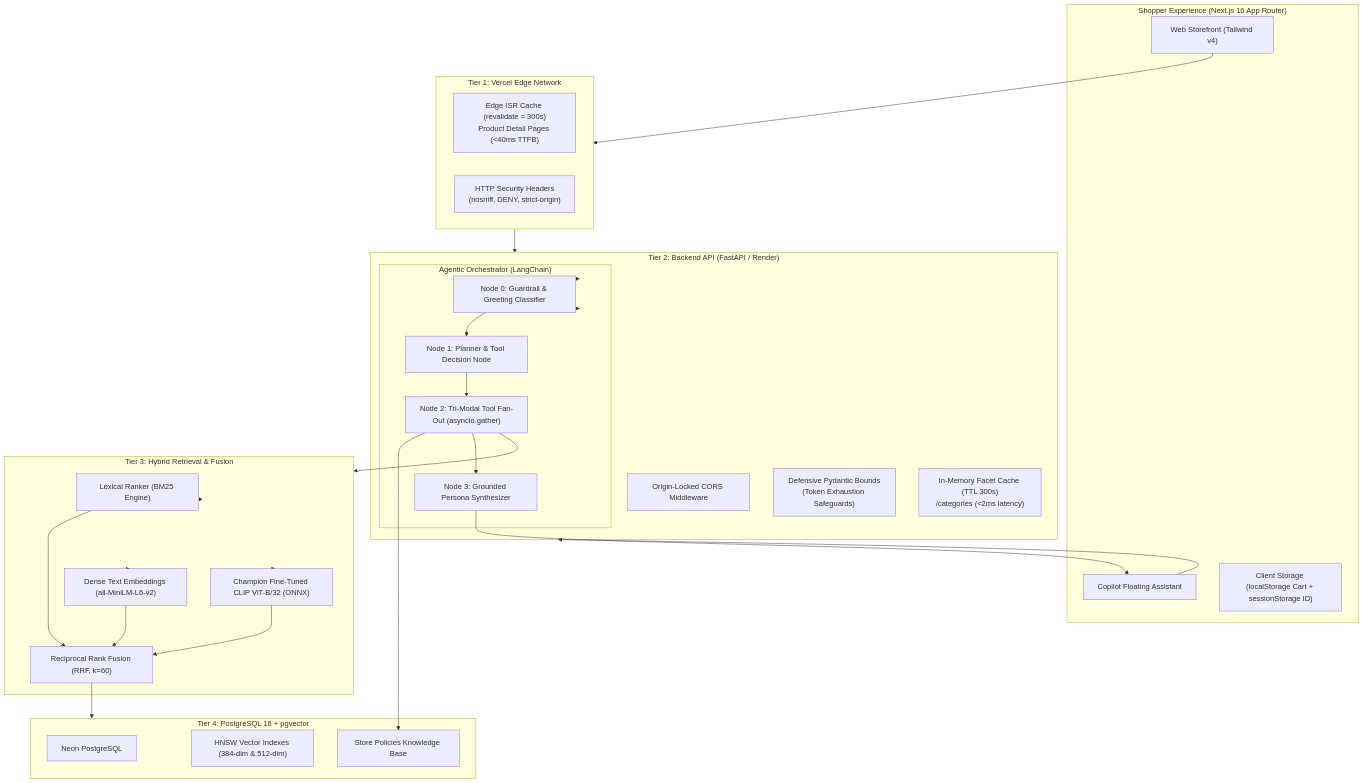
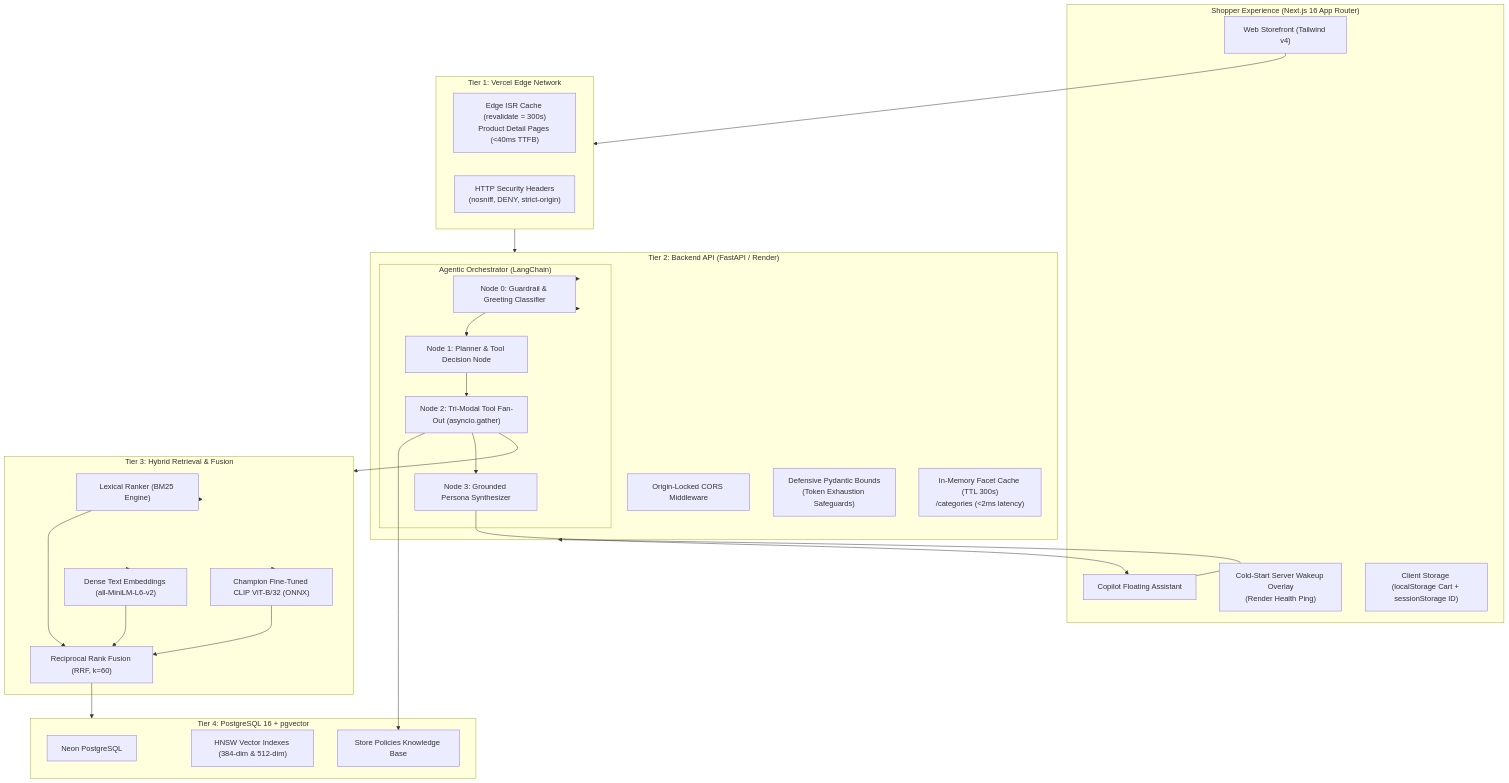
Before and after one commit to marknshoot/toko-marcell: the diagram in README.md, drawn with Mermaid. The commit also changed other lines of this file and 3 other files, not shown here.

Commit message:
docs: update all readmes with server wakeup loading screen, current catalog stats, and test coverage

````diff
--- a/README.md
+++ b/README.md
@@ -23,51 +23,52 @@
 ```mermaid
 flowchart TD
     subgraph Client["Shopper Experience (Next.js 16 App Router)"]
         UI["Web Storefront (Tailwind v4)"]
         Chat["Copilot Floating Assistant"]
+        Wakeup["Cold-Start Server Wakeup Overlay<br/>(Render Health Ping)"]
         ClientState["Client Storage (localStorage Cart + sessionStorage ID)"]
     end
 
     subgraph Edge["Tier 1: Vercel Edge Network"]
         ISR["Edge ISR Cache (revalidate = 300s)<br/>Product Detail Pages (<40ms TTFB)"]
         SecHeaders["HTTP Security Headers<br/>(nosniff, DENY, strict-origin)"]
     end
 
     subgraph Serving["Tier 2: Backend API (FastAPI / Render)"]
         CORS["Origin-Locked CORS Middleware"]
         InputVal["Defensive Pydantic Bounds<br/>(Token Exhaustion Safeguards)"]
         MemCache["In-Memory Facet Cache (TTL 300s)<br/>/categories (<2ms latency)"]
         
         subgraph Orchestration["Agentic Orchestrator (LangChain)"]
             Node0["Node 0: Guardrail & Greeting Classifier"]
             Node1["Node 1: Planner & Tool Decision Node"]
             Node2["Node 2: Tri-Modal Tool Fan-Out (asyncio.gather)"]
             Node3["Node 3: Grounded Persona Synthesizer"]
         end
     end
 
     subgraph Search["Tier 3: Hybrid Retrieval & Fusion"]
         BM25["Lexical Ranker (BM25 Engine)"]
         DenseText["Dense Text Embeddings (all-MiniLM-L6-v2)"]
         VLM["Champion Fine-Tuned CLIP ViT-B/32 (ONNX)"]
         RRF["Reciprocal Rank Fusion (RRF, k=60)"]
     end
 
     subgraph Storage["Tier 4: PostgreSQL 16 + pgvector"]
         PG["Neon PostgreSQL"]
         HNSW["HNSW Vector Indexes (384-dim & 512-dim)"]
         RAG["Store Policies Knowledge Base"]
     end
 
     UI --> Edge
     Edge --> Serving
     Chat --> Serving
     Serving --> Orchestration
     Orchestration --> Node0 --> Node1 --> Node2
     Node2 --> Search
     Search --> BM25 & DenseText & VLM
     BM25 & DenseText & VLM --> RRF --> Storage
     Node2 --> RAG
     Node2 --> Node3
     Node3 --> Chat
 ```
````
